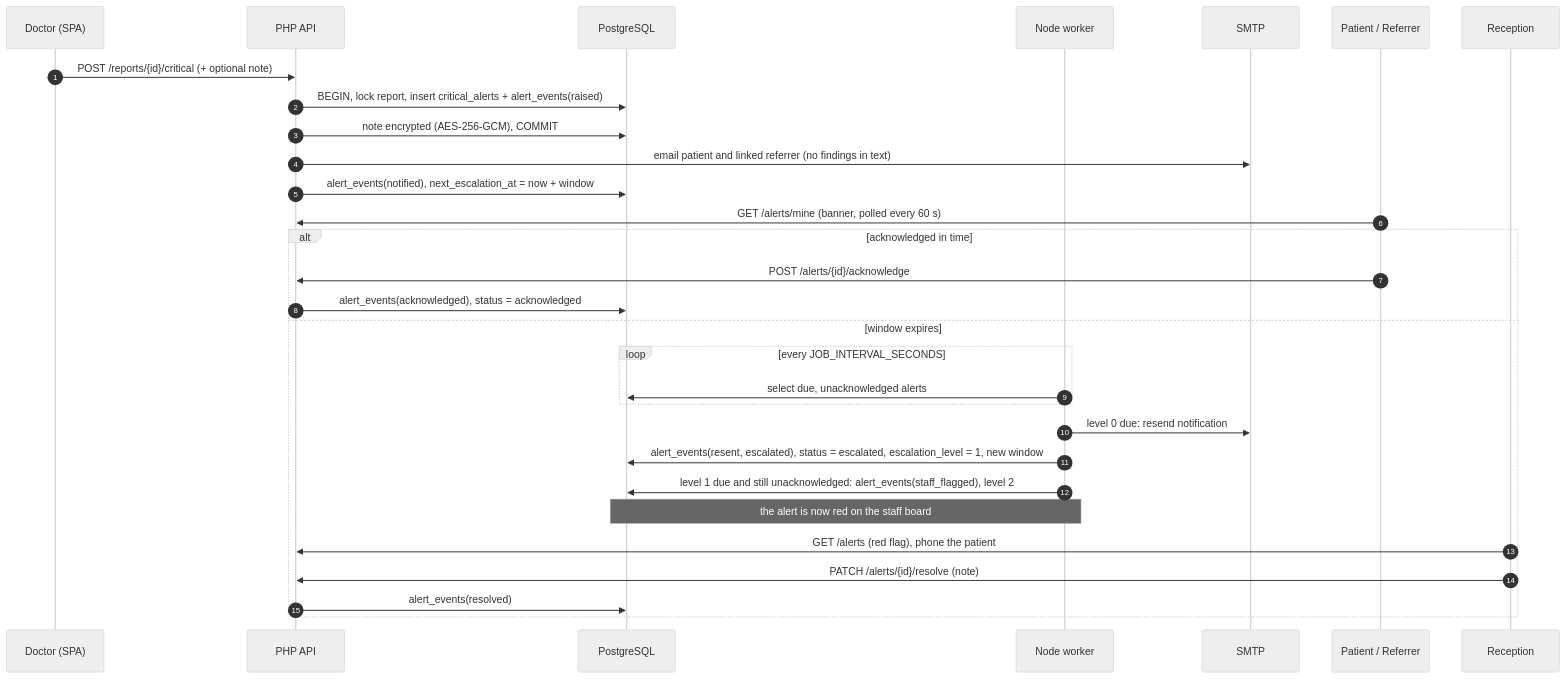
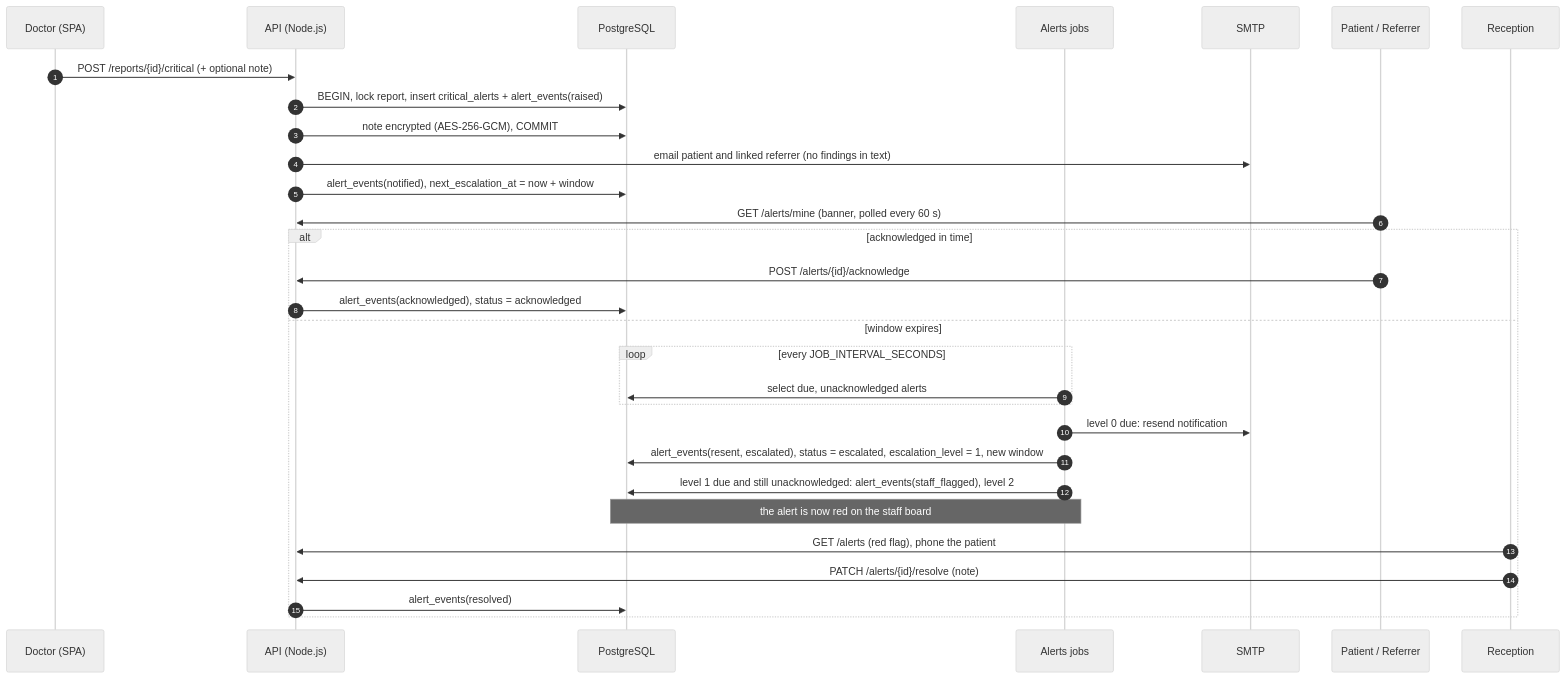
Before and after one commit to OMEExZORO/wt_cp: the fourth of 4 diagrams in docs/ARCHITECTURE.md, drawn with Mermaid (neutral theme). The commit also changed other lines of this file and 24 other files, not shown here.

Commit message:
docs: describe the Node API as production, tidy documentation and remove hardcoded dev passwords

````diff
--- a/docs/ARCHITECTURE.md
+++ b/docs/ARCHITECTURE.md
@@ -205,33 +213,33 @@
 ```mermaid
 sequenceDiagram
     autonumber
     participant Dr as Doctor (SPA)
-    participant API as PHP API
+    participant API as API (Node.js)
     participant DB as PostgreSQL
-    participant W as Node worker
+    participant W as Alerts jobs
     participant Mail as SMTP
     participant Pt as Patient / Referrer
     participant Rx as Reception
 
     Dr->>API: POST /reports/{id}/critical (+ optional note)
     API->>DB: BEGIN, lock report, insert critical_alerts + alert_events(raised)
     API->>DB: note encrypted (AES-256-GCM), COMMIT
     API->>Mail: email patient and linked referrer (no findings in text)
     API->>DB: alert_events(notified), next_escalation_at = now + window
     Pt->>API: GET /alerts/mine (banner, polled every 60 s)
     alt acknowledged in time
         Pt->>API: POST /alerts/{id}/acknowledge
         API->>DB: alert_events(acknowledged), status = acknowledged
     else window expires
         loop every JOB_INTERVAL_SECONDS
             W->>DB: select due, unacknowledged alerts
         end
         W->>Mail: level 0 due: resend notification
         W->>DB: alert_events(resent, escalated), status = escalated, escalation_level = 1, new window
         W->>DB: level 1 due and still unacknowledged: alert_events(staff_flagged), level 2
         Note over W,DB: the alert is now red on the staff board
         Rx->>API: GET /alerts (red flag), phone the patient
         Rx->>API: PATCH /alerts/{id}/resolve (note)
         API->>DB: alert_events(resolved)
     end
 ```
````
